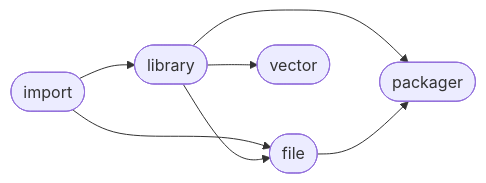
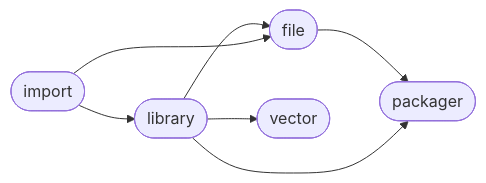
Before and after one commit to Mandera/Mandera: the diagram in README.md, drawn with Mermaid. The commit also changed other lines of this file, not shown here.

````diff
--- a/README.md
+++ b/README.md
@@ -6,14 +6,14 @@
 ```mermaid
 flowchart LR
-0([import]) --> 2([file])
+2([file]) --> 4([packager])
+1([library]) --> 2([file])
+0([import]) --> 1([library])
 1([library]) --> 3([vector])
 1([library]) --> 4([packager])
-0([import]) --> 1([library])
-1([library]) --> 2([file])
-2([file]) --> 4([packager])
+0([import]) --> 2([file])
 click 0 "https://github.com/ManderaGeneral/generalimport"
 click 1 "https://github.com/ManderaGeneral/generallibrary"
 click 2 "https://github.com/ManderaGeneral/generalfile"
 click 3 "https://github.com/ManderaGeneral/generalvector"
 click 4 "https://github.com/ManderaGeneral/generalpackager"
 ```
````
